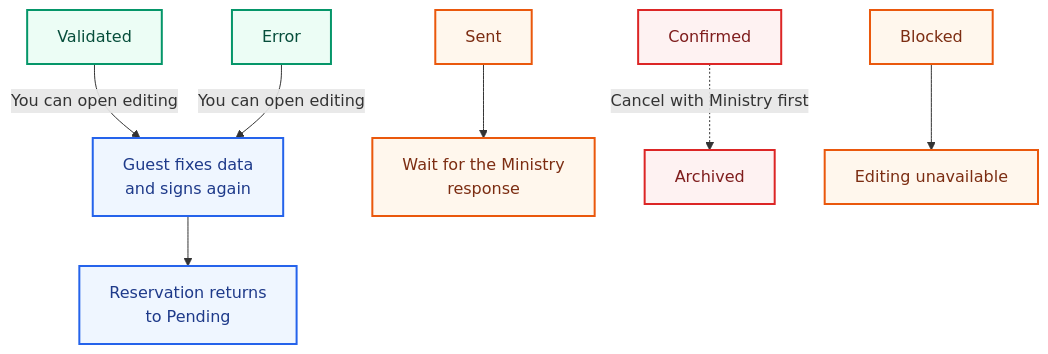
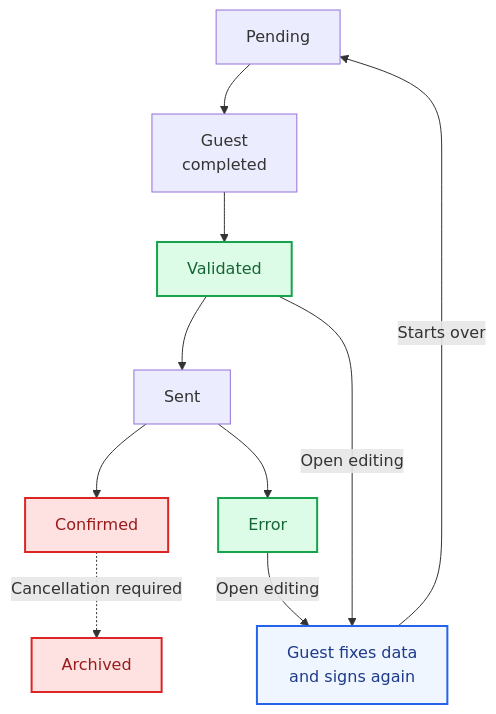
One commit to registroviajero/help changed the diagram in docs/en/guide/admin-edit-lock-override.md. Above: the diagram before and after it, drawn with Mermaid. The commit also changed 3 other files, not shown here.

Commit message:
fix: restore help mermaid rendering

````diff
--- a/docs/en/guide/admin-edit-lock-override.md
+++ b/docs/en/guide/admin-edit-lock-override.md
@@ -18,19 +18,20 @@
 ```mermaid
-flowchart TB
-  V[Validated] -->|You can open editing| E[Guest fixes data<br/>and signs again]
-  ER[Error] -->|You can open editing| E
-  E --> P[Reservation returns<br/>to Pending]
+flowchart TD
+  P[Pending] --> CP[Guest<br/>completed]
+  CP --> V[Validated]
+  V --> S[Sent]
+  S --> C[Confirmed]
+  S --> ER[Error]
 
-  S[Sent] --> W[Wait for the Ministry<br/>response]
-  C[Confirmed] -. "Cancel with Ministry first" .-> A[Archived]
-  B[Blocked] --> L[Editing unavailable]
+  V -->|Open editing| E[Guest fixes data<br/>and signs again]
+  ER -->|Open editing| E
+  E -->|Starts over| P
+  C -. Cancellation required .-> A[Archived]
 
-  classDef canEdit fill:#ecfdf5,stroke:#059669,color:#064e3b,stroke-width:2px;
+  classDef editable fill:#dcfce7,stroke:#16a34a,color:#166534,stroke-width:2px;
+  classDef locked fill:#fee2e2,stroke:#dc2626,color:#991b1b,stroke-width:2px;
   classDef action fill:#eff6ff,stroke:#2563eb,color:#1e3a8a,stroke-width:2px;
-  classDef locked fill:#fff7ed,stroke:#ea580c,color:#7c2d12,stroke-width:2px;
-  classDef terminal fill:#fef2f2,stroke:#dc2626,color:#7f1d1d,stroke-width:2px;
-  class V,ER canEdit;
-  class E,P action;
-  class S,W,B,L locked;
-  class C,A terminal;
+  class V,ER editable;
+  class C,A locked;
+  class E action;
 ```
````
